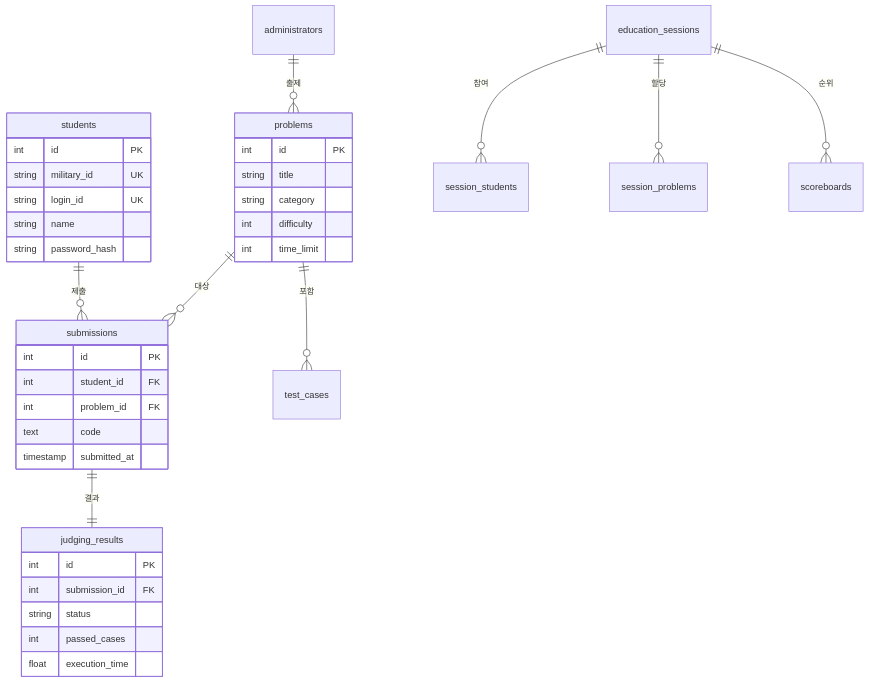
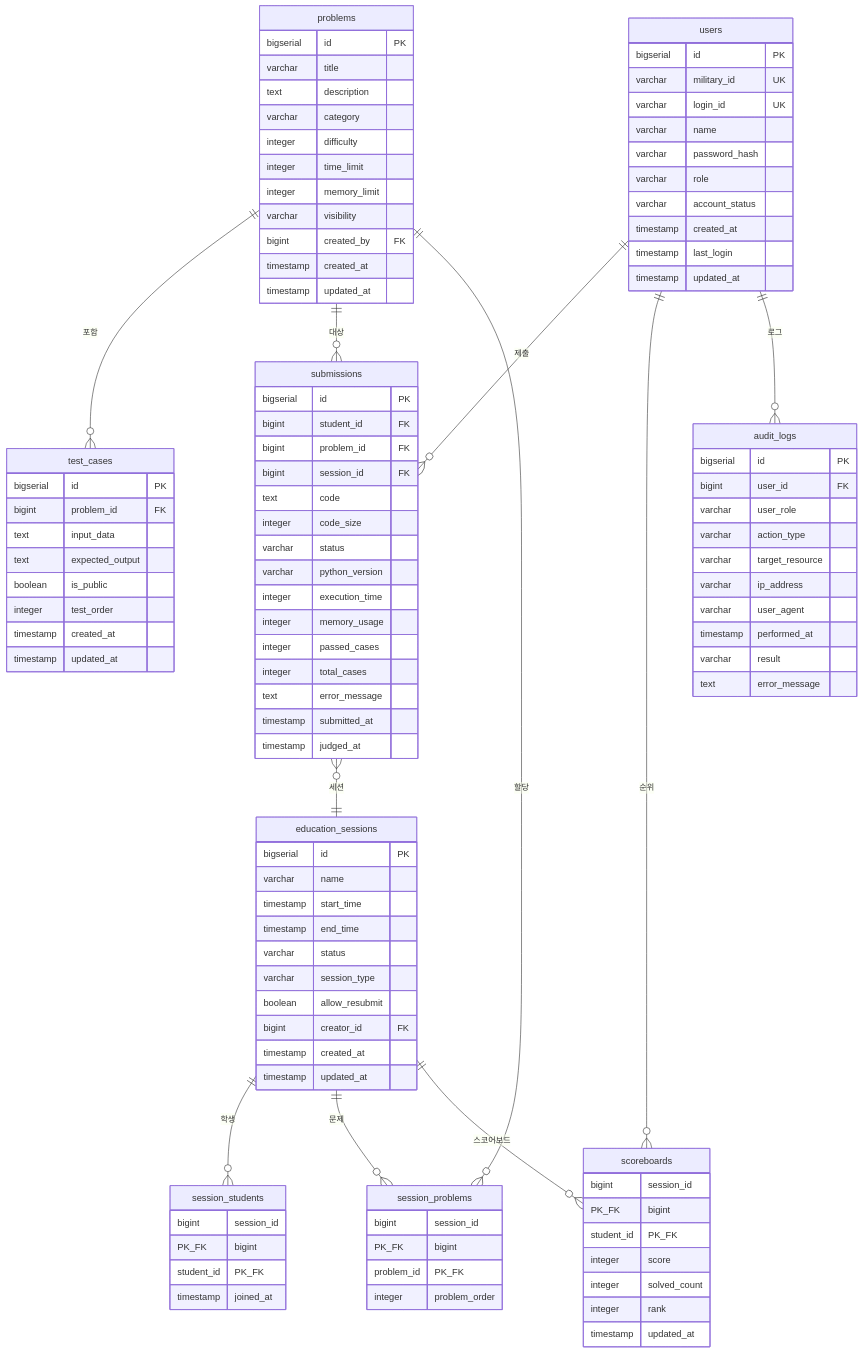
One commit to midopa-dept/python-code-judge changed the fifth of 7 diagrams in docs/5-arch-diagram.md. Above: the diagram before and after it, drawn with Mermaid. The commit also changed other lines of this file and 4 other files, not shown here.

````diff
--- a/docs/5-arch-diagram.md
+++ b/docs/5-arch-diagram.md
@@ -115,44 +119,118 @@
 ```mermaid
 erDiagram
-    students ||--o{ submissions : "제출"
-    administrators ||--o{ problems : "출제"
+    users ||--o{ submissions : "제출"
+    users ||--o{ scoreboards : "순위"
+    users ||--o{ audit_logs : "로그"
+
     problems ||--o{ test_cases : "포함"
     problems ||--o{ submissions : "대상"
-    submissions ||--|| judging_results : "결과"
+    problems ||--o{ session_problems : "할당"
 
-    education_sessions ||--o{ session_students : "참여"
-    education_sessions ||--o{ session_problems : "할당"
-    education_sessions ||--o{ scoreboards : "순위"
+    submissions }o--|| education_sessions : "세션"
+    education_sessions ||--o{ session_students : "학생"
+    education_sessions ||--o{ session_problems : "문제"
+    education_sessions ||--o{ scoreboards : "스코어보드"
 
-    students {
-        int id PK
-        string military_id UK
-        string login_id UK
-        string name
-        string password_hash
+    users {
+        bigserial id PK
+        varchar military_id UK
+        varchar login_id UK
+        varchar name
+        varchar password_hash
+        varchar role
+        varchar account_status
+        timestamp created_at
+        timestamp last_login
+        timestamp updated_at
     }
 
     problems {
-        int id PK
-        string title
-        string category
-        int difficulty
-        int time_limit
+        bigserial id PK
+        varchar title
+        text description
+        varchar category
+        integer difficulty
+        integer time_limit
+        integer memory_limit
+        varchar visibility
+        bigint created_by FK
+        timestamp created_at
+        timestamp updated_at
+    }
+
+    test_cases {
+        bigserial id PK
+        bigint problem_id FK
+        text input_data
+        text expected_output
+        boolean is_public
+        integer test_order
+        timestamp created_at
+        timestamp updated_at
     }
 
     submissions {
-        int id PK
-        int student_id FK
-        int problem_id FK
+        bigserial id PK
+        bigint student_id FK
+        bigint problem_id FK
+        bigint session_id FK
         text code
+        integer code_size
+        varchar status
+        varchar python_version
+        integer execution_time
+        integer memory_usage
+        integer passed_cases
+        integer total_cases
+        text error_message
         timestamp submitted_at
+        timestamp judged_at
     }
 
-    judging_results {
-        int id PK
-        int submission_id FK
-        string status
-        int passed_cases
-        float execution_time
+    education_sessions {
+        bigserial id PK
+        varchar name
+        timestamp start_time
+        timestamp end_time
+        varchar status
+        varchar session_type
+        boolean allow_resubmit
+        bigint creator_id FK
+        timestamp created_at
+        timestamp updated_at
+    }
+
+    session_students {
+        bigint session_id PK_FK
+        bigint student_id PK_FK
+        timestamp joined_at
+    }
+
+    session_problems {
+        bigint session_id PK_FK
+        bigint problem_id PK_FK
+        integer problem_order
+    }
+
+    scoreboards {
+        bigint session_id PK_FK
+        bigint student_id PK_FK
+        integer score
+        integer solved_count
+        integer rank
+        timestamp updated_at
+    }
+
+    audit_logs {
+        bigserial id PK
+        bigint user_id FK
+        varchar user_role
+        varchar action_type
+        varchar target_resource
+        varchar ip_address
+        varchar user_agent
+        timestamp performed_at
+        varchar result
+        text error_message
     }
 ```
````
